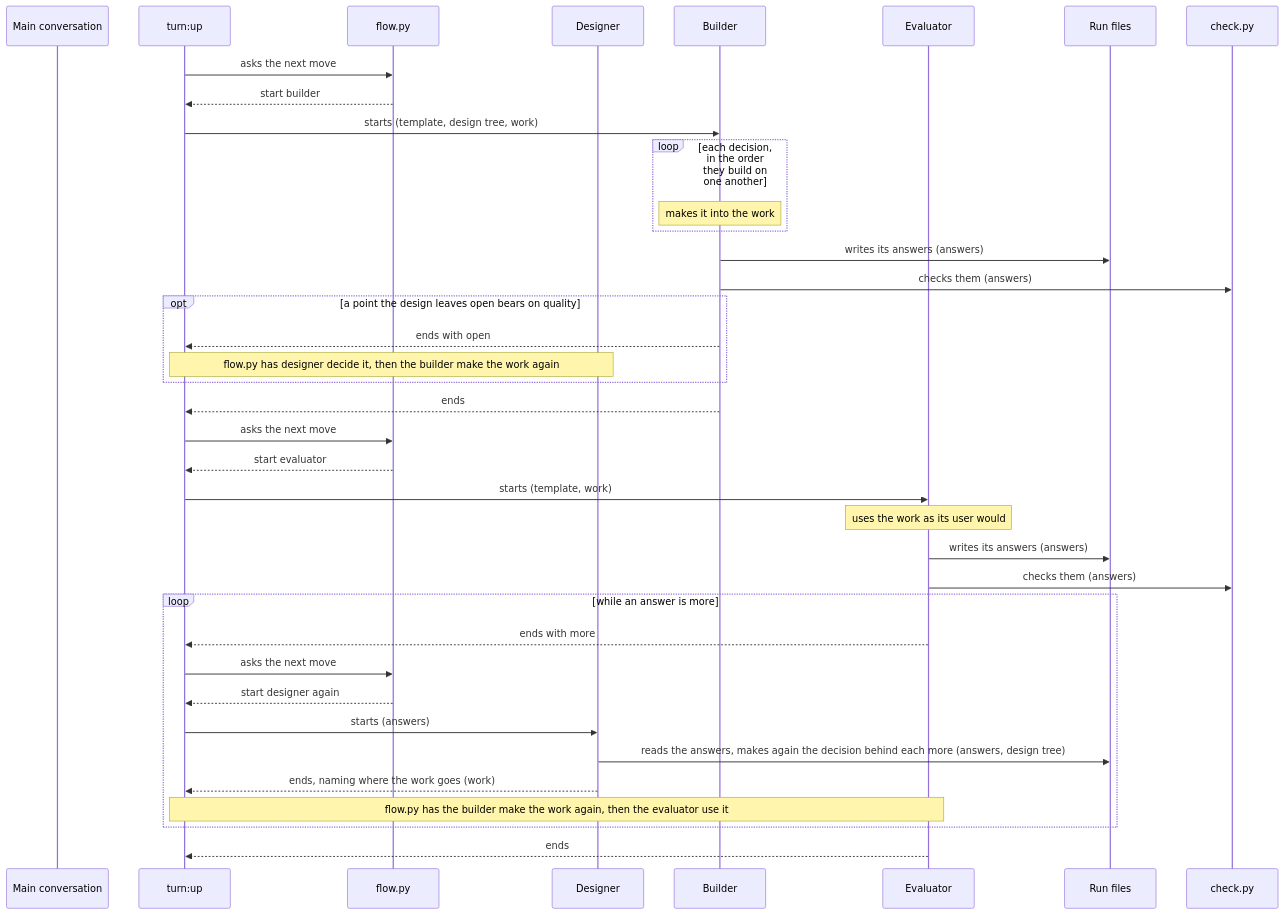
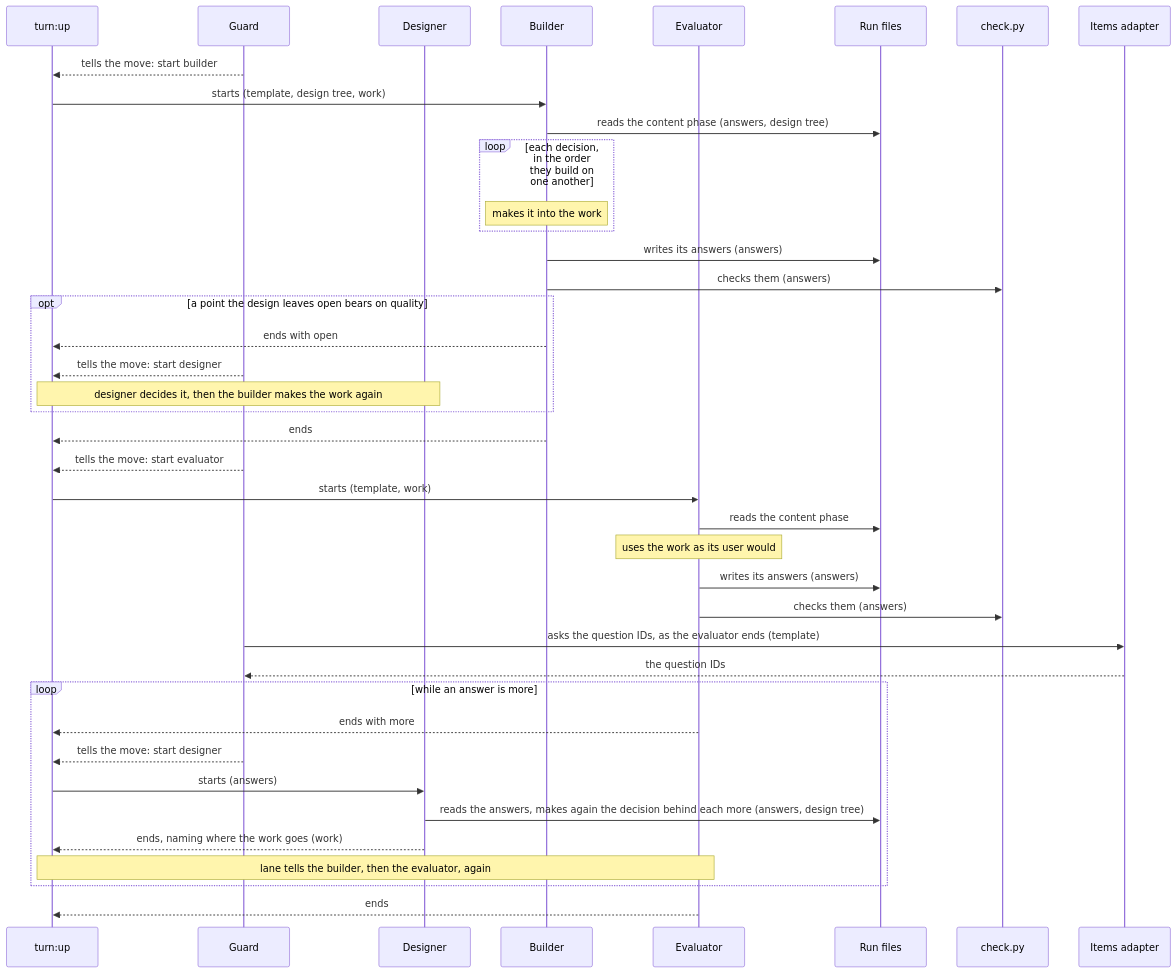
One commit to lovaizu/ccpm changed the fourth of 6 diagrams in dev/turn/architecture.md. Above: the diagram before and after it, drawn with Mermaid. The commit also changed other lines of this file and 3 other files, not shown here.

````diff
--- a/dev/turn/architecture.md
+++ b/dev/turn/architecture.md
@@ -329,40 +331,42 @@
 ```mermaid
 sequenceDiagram
-  participant M as Main conversation
   participant U as turn:up
-  participant F as flow.py
+  participant G as Guard
   participant D as Designer
   participant B as Builder
   participant E as Evaluator
   participant R as Run files
   participant C as check.py
-  U->>F: asks the next move
-  F-->>U: start builder
+  participant IA as Items adapter
+  G-->>U: tells the move: start builder
   U->>B: starts (template, design tree, work)
+  B->>R: reads the content phase (answers, design tree)
   loop each decision, in the order they build on one another
     Note over B: makes it into the work
   end
   B->>R: writes its answers (answers)
   B->>C: checks them (answers)
   opt a point the design leaves open bears on quality
     B-->>U: ends with open
-    Note over U,D: flow.py has designer decide it, then the builder make the work again
+    G-->>U: tells the move: start designer
+    Note over U,D: designer decides it, then the builder makes the work again
   end
   B-->>U: ends
-  U->>F: asks the next move
-  F-->>U: start evaluator
+  G-->>U: tells the move: start evaluator
   U->>E: starts (template, work)
+  E->>R: reads the content phase
   Note over E: uses the work as its user would
   E->>R: writes its answers (answers)
   E->>C: checks them (answers)
+  G->>IA: asks the question IDs, as the evaluator ends (template)
+  IA-->>G: the question IDs
   loop while an answer is more
     E-->>U: ends with more
-    U->>F: asks the next move
-    F-->>U: start designer again
+    G-->>U: tells the move: start designer
     U->>D: starts (answers)
     D->>R: reads the answers, makes again the decision behind each more (answers, design tree)
     D-->>U: ends, naming where the work goes (work)
-    Note over U,E: flow.py has the builder make the work again, then the evaluator use it
+    Note over U,E: lane tells the builder, then the evaluator, again
   end
   E-->>U: ends
 ```
````
